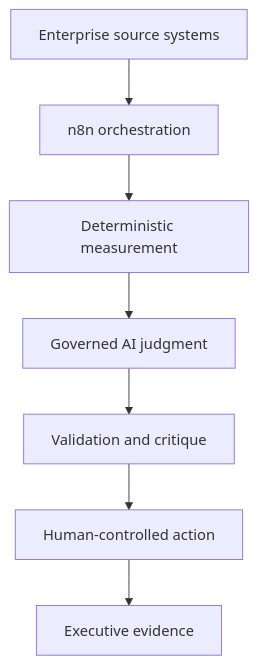
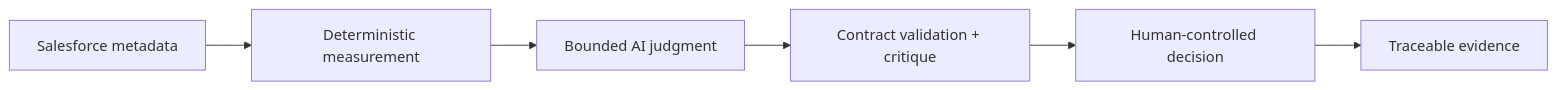
One commit to kalyansrinivas2k26/viridian-agentic-process-excellence-suite changed the diagram in README.md. Above: the diagram before and after it, drawn with Mermaid. The commit also changed other lines of this file and 44 other files, not shown here.

First line of the commit message:
feat: finalize VANTIX Flow Integrity portfolio release

````diff
--- a/README.md
+++ b/README.md
@@ -55,9 +40,8 @@
 ```mermaid
-flowchart TD
-    S["Enterprise source systems"] --> O["n8n orchestration"]
-    O --> M["Deterministic measurement"]
-    M --> A["Governed AI judgment"]
-    A --> V["Validation and critique"]
-    V --> H["Human-controlled action"]
-    H --> E["Executive evidence"]
+flowchart LR
+    S["Salesforce metadata"] --> D["Deterministic measurement"]
+    D --> A["Bounded AI judgment"]
+    A --> V["Contract validation + critique"]
+    V --> H["Human-controlled decision"]
+    H --> E["Traceable evidence"]
 ```
````
